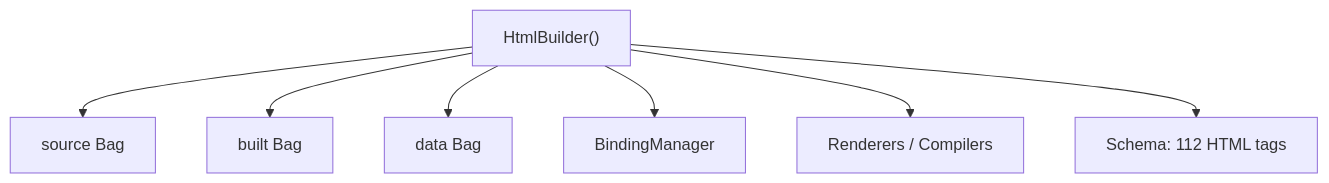
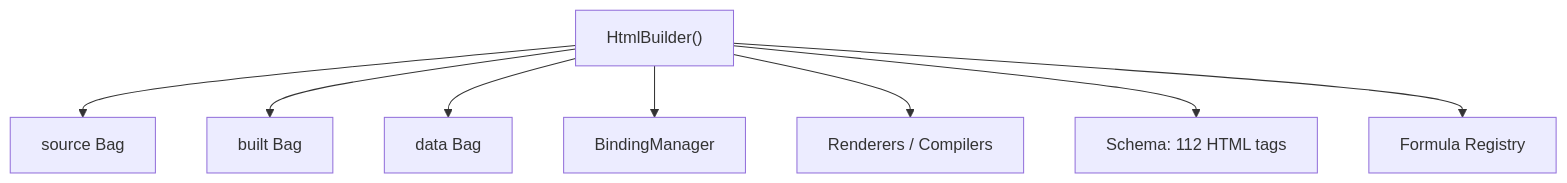
One commit to genropy/genro-builders changed the first of 5 diagrams in docs/builders/architecture.md. Above: the diagram before and after it, drawn with Mermaid. The commit also changed other lines of this file and 31 other files, not shown here.

````diff
--- a/docs/builders/architecture.md
+++ b/docs/builders/architecture.md
@@ -5,9 +5,10 @@
 ```{mermaid}
 flowchart TB
     A["HtmlBuilder()"] --> B[source Bag]
     A --> C[built Bag]
     A --> D[data Bag]
     A --> E[BindingManager]
     A --> F["Renderers / Compilers"]
     A --> G[Schema: 112 HTML tags]
+    A --> H[Formula Registry]
 ```
````
